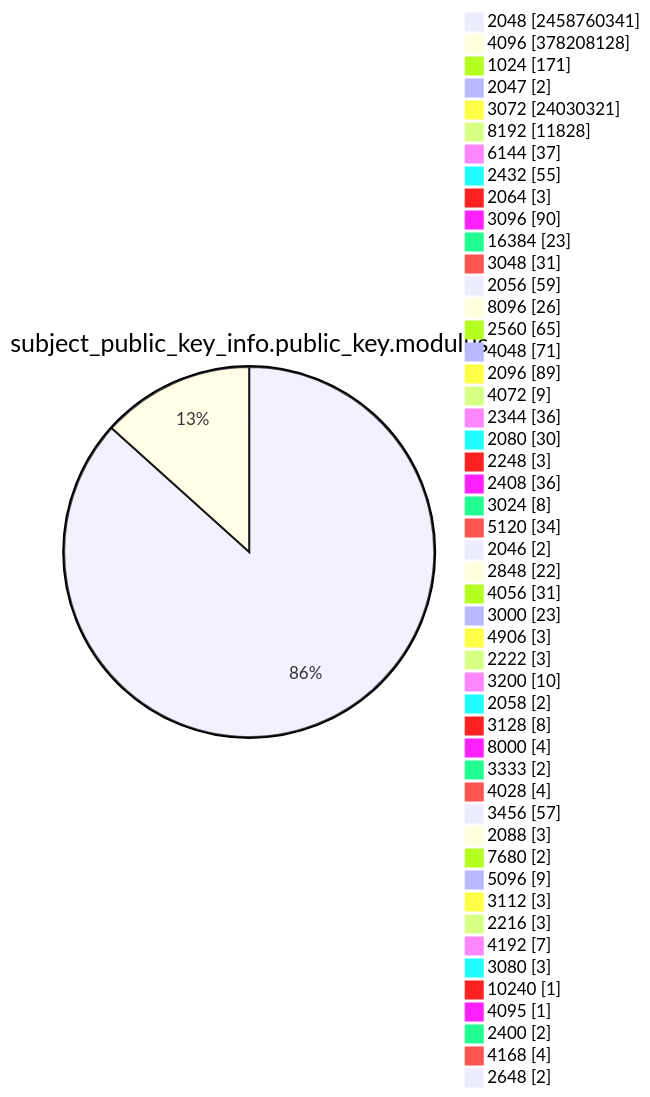
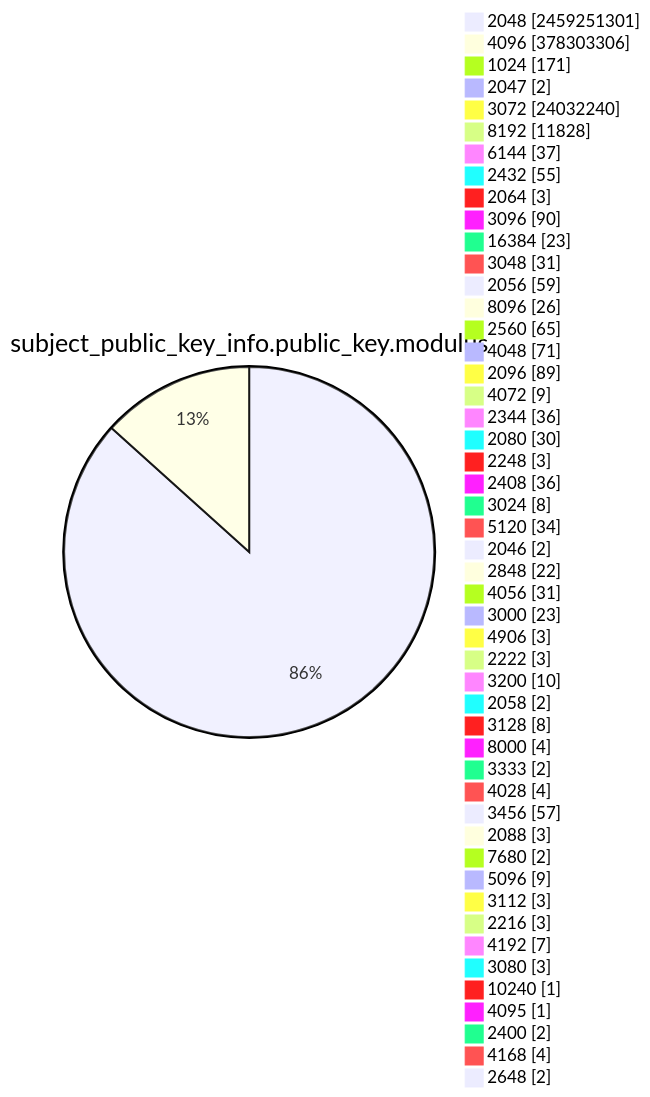
Diagram 13 of 15 in TOTAL/README.md (christiankrug/ctmonitor_visualization), drawn with Mermaid before and after one commit. The commit also changed other lines of this file, not shown here.

````diff
--- a/TOTAL/README.md
+++ b/TOTAL/README.md
@@ -4168,53 +4168,53 @@
 ```mermaid
 pie showData
 title subject_public_key_info.public_key.modulus
-"2048" :2458760341
-"4096" :378208128
+"2048" :2459251301
+"4096" :378303306
 "1024" :171
 "2047" :2
-"3072" :24030321
+"3072" :24032240
 "8192" :11828
 "6144" :37
 "2432" :55
 "2064" :3
 "3096" :90
 "16384" :23
 "3048" :31
 "2056" :59
 "8096" :26
 "2560" :65
 "4048" :71
 "2096" :89
 "4072" :9
 "2344" :36
 "2080" :30
 "2248" :3
 "2408" :36
 "3024" :8
 "5120" :34
 "2046" :2
 "2848" :22
 "4056" :31
 "3000" :23
 "4906" :3
 "2222" :3
 "3200" :10
 "2058" :2
 "3128" :8
 "8000" :4
 "3333" :2
 "4028" :4
 "3456" :57
 "2088" :3
 "7680" :2
 "5096" :9
 "3112" :3
 "2216" :3
 "4192" :7
 "3080" :3
 "10240" :1
 "4095" :1
 "2400" :2
 "4168" :4
 "2648" :2
 ```
````
